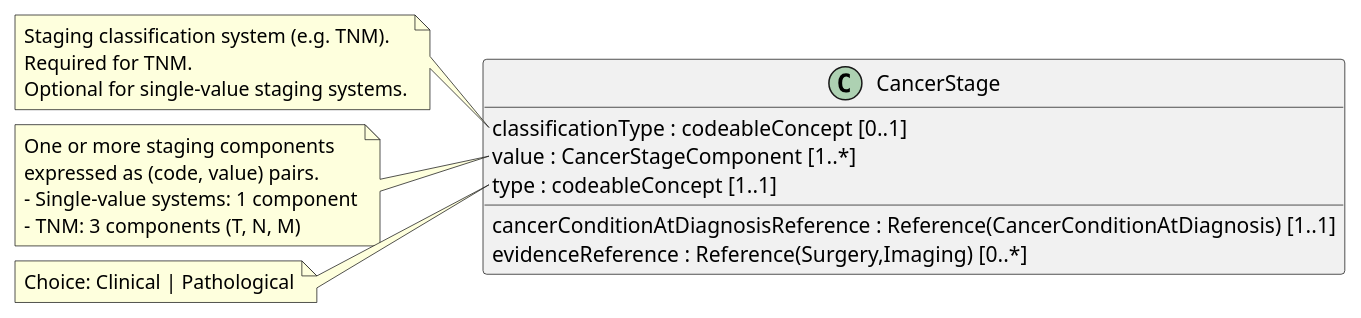
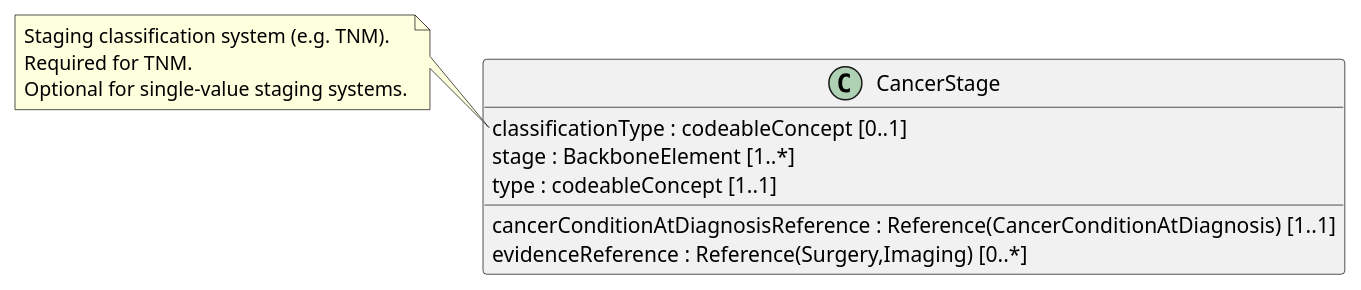
Before and after one commit to rgazzarata/cancer-common: the diagram in input/images-source/CancerStage_LM.plantuml, drawn with PlantUML. The commit also changed 8 other files, not shown here.

Commit message:
CancerStage Logical Model Update

```diff
--- a/input/images-source/CancerStage_LM.plantuml
+++ b/input/images-source/CancerStage_LM.plantuml
@@ -1,27 +1,27 @@
 @startuml
 hide empty members
 skinparam classAttributeIconSize 0
 
 class CancerStage {
   cancerConditionAtDiagnosisReference : Reference(CancerConditionAtDiagnosis) [1..1]
   classificationType : codeableConcept [0..1]
-  value : CancerStageComponent [1..*]
+  stage : BackboneElement [1..*]
   type : codeableConcept [1..1]
   evidenceReference : Reference(Surgery,Imaging) [0..*]  
 }
 
 note left of CancerStage::classificationType
 Staging classification system (e.g. TNM).
 Required for TNM.
 Optional for single-value staging systems.
 end note
 note left of CancerStage::value
 One or more staging components
 expressed as (code, value) pairs.
 - Single-value systems: 1 component
 - TNM: 3 components (T, N, M)
 end note
 note left of CancerStage::type
 Choice: Clinical | Pathological
 end note
 @enduml
```
